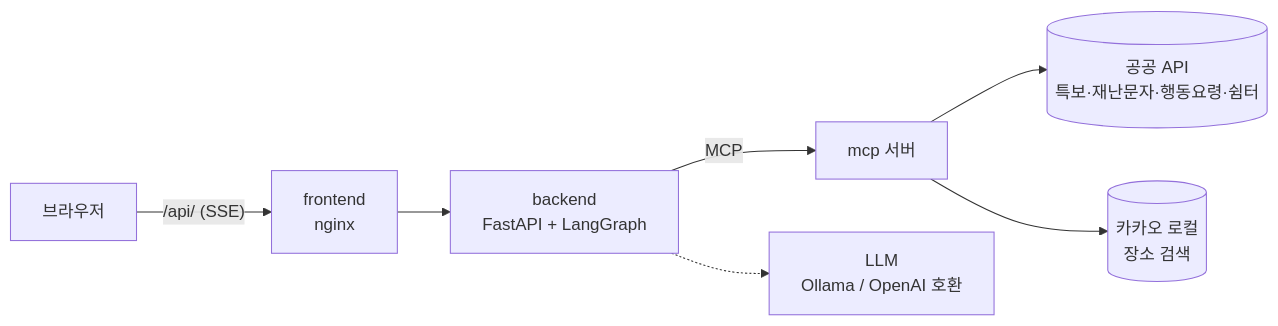
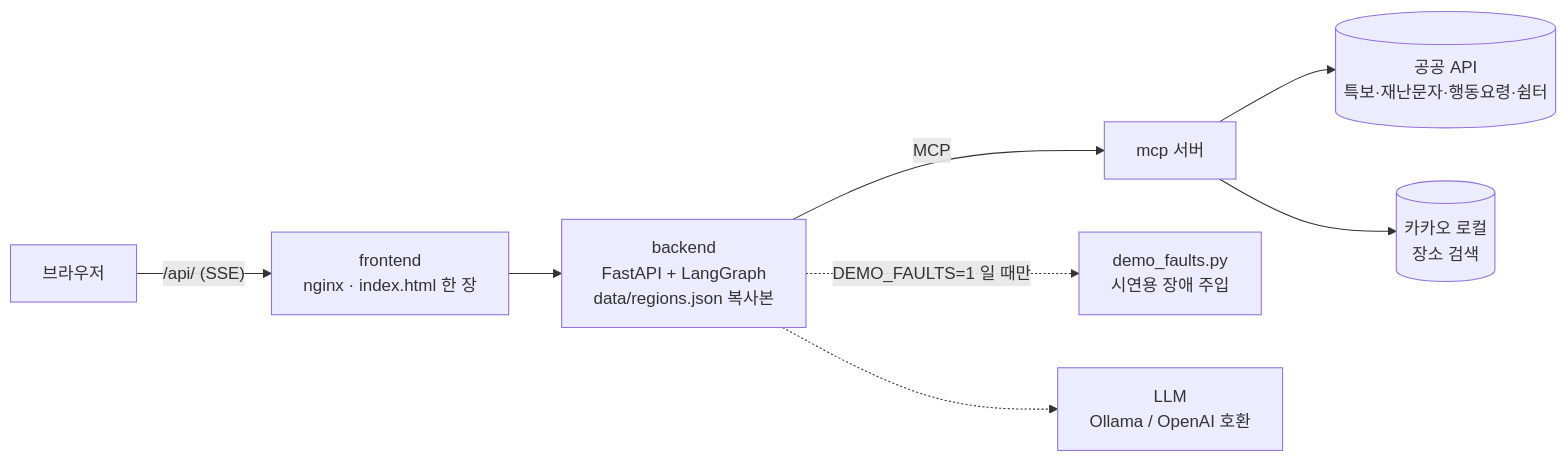
Before and after one commit to DDARK00/disaster-alert-agent: the first of 2 diagrams in README.md, drawn with Mermaid. The commit also changed other lines of this file and 9 other files, not shown here.

First line of the commit message:
feat(frontend): 시연용 단계 표시 — 노선도 4정거장 + 세부 노드, 유형별 판정 띠, 개발자 보기 (ADR-022, T-038)

````diff
--- a/README.md
+++ b/README.md
@@ -15,9 +15,10 @@
 ```mermaid
 flowchart LR
-    U[브라우저] -->|"/api/ (SSE)"| F[frontend<br/>nginx]
-    F --> B[backend<br/>FastAPI + LangGraph]
+    U[브라우저] -->|"/api/ (SSE)"| F[frontend<br/>nginx · index.html 한 장]
+    F --> B[backend<br/>FastAPI + LangGraph<br/>data/regions.json 복사본]
     B -->|MCP| M[mcp 서버]
+    B -.->|"DEMO_FAULTS=1 일 때만"| D[demo_faults.py<br/>시연용 장애 주입]
     M --> A[(공공 API<br/>특보·재난문자·행동요령·쉼터)]
     M --> K[(카카오 로컬<br/>장소 검색)]
     B -.-> L[LLM<br/>Ollama / OpenAI 호환]
 ```
````
